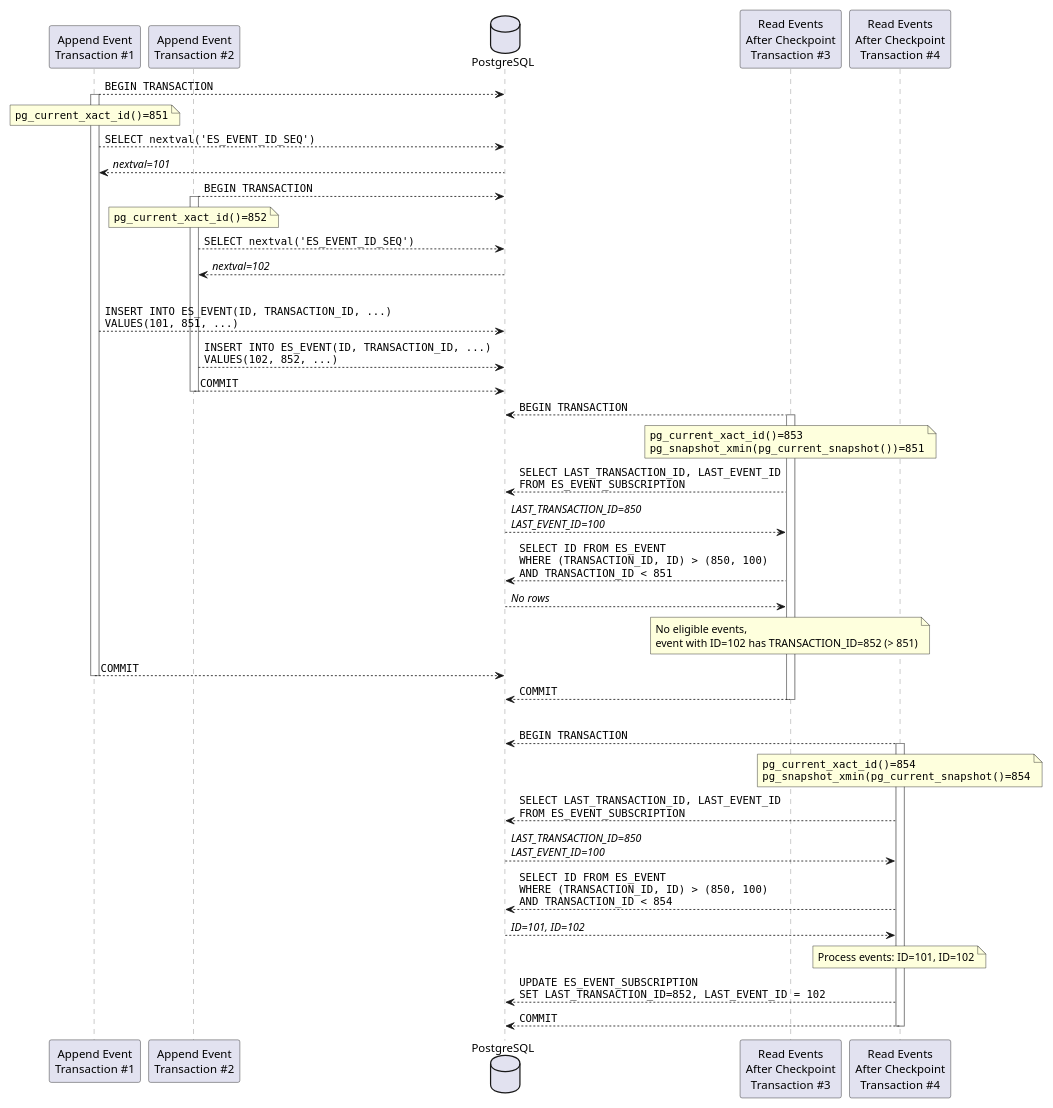
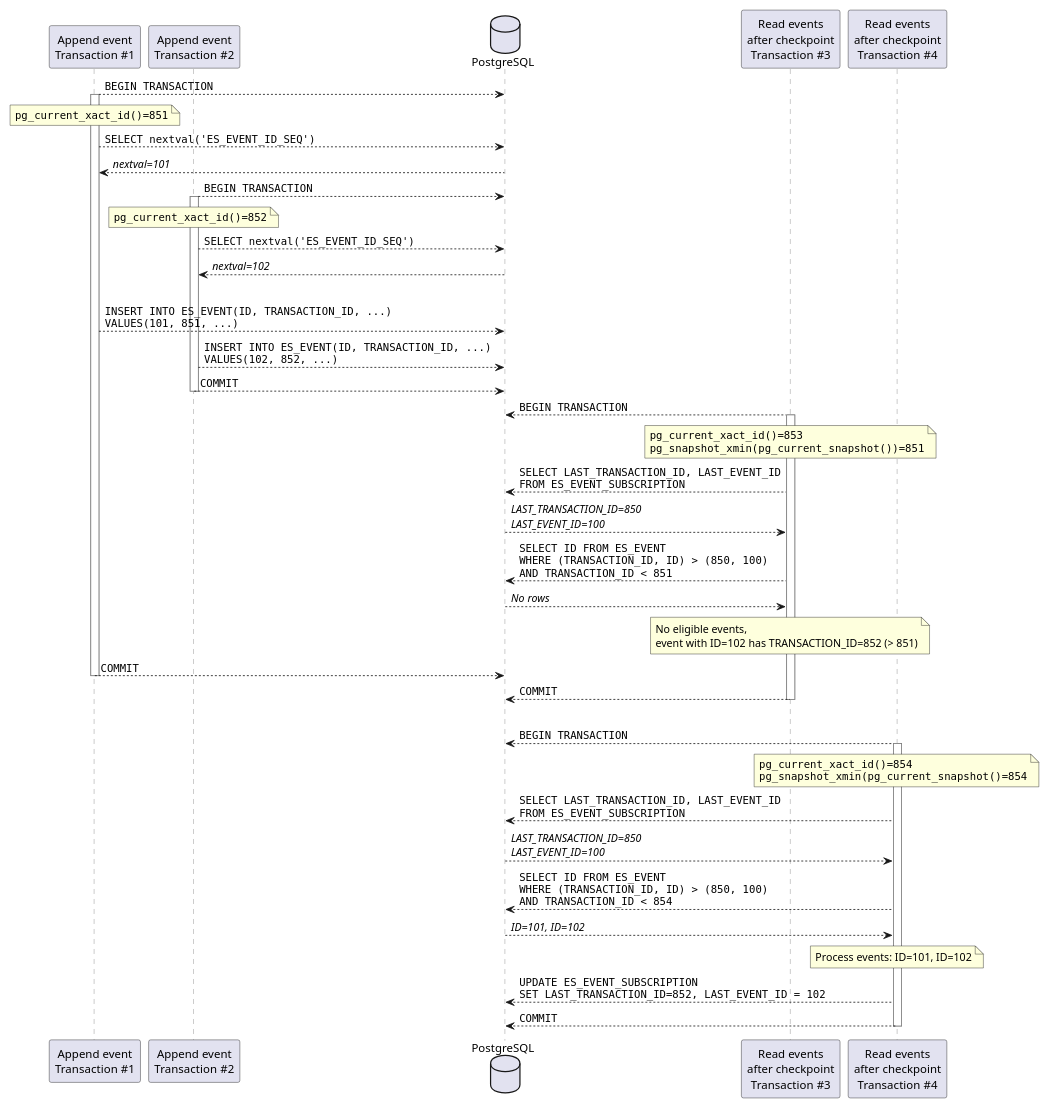
The diagram in img/plantuml/postgresql-reliable-outbox.puml (codehunter-dev-281/postgresql-event-sourcing), drawn with PlantUML before and after one commit. The commit also changed 6 other files, not shown here.

```diff
--- a/img/plantuml/postgresql-reliable-outbox.puml
+++ b/img/plantuml/postgresql-reliable-outbox.puml
@@ -1,57 +1,57 @@
 @startuml
 
 scale max 1024 width
 scale max 1100 height
 
 skinparam sequence {
   LifeLineBorderColor Grey
 '  LifeLineBackgroundColor LightGrey
 }
 
-participant "Append Event\nTransaction #1" as tx1
-participant "Append Event\nTransaction #2" as tx2
+participant "Append event\nTransaction #1" as tx1
+participant "Append event\nTransaction #2" as tx2
 database "PostgreSQL" as db
-participant "Read Events\nAfter Checkpoint\nTransaction #3" as tx3
-participant "Read Events\nAfter Checkpoint\nTransaction #4" as tx4
+participant "Read events\nafter checkpoint\nTransaction #3" as tx3
+participant "Read events\nafter checkpoint\nTransaction #4" as tx4
 
 tx1 --> db: ""BEGIN TRANSACTION""
 activate tx1
 note over tx1: ""pg_current_xact_id()=851""
 tx1 --> db: ""SELECT nextval('ES_EVENT_ID_SEQ')""
 db --> tx1: //nextval=101//
 tx2 --> db: ""BEGIN TRANSACTION""
 activate tx2
 note over tx2: ""pg_current_xact_id()=852""
 tx2 --> db: ""SELECT nextval('ES_EVENT_ID_SEQ')""
 db --> tx2: //nextval=102//
 |||
 tx1 --> db: ""INSERT INTO ES_EVENT(ID, TRANSACTION_ID, ...)""\n""VALUES(101, 851, ...)""
 tx2 --> db: ""INSERT INTO ES_EVENT(ID, TRANSACTION_ID, ...)""\n""VALUES(102, 852, ...)""
 tx2 --> db: ""COMMIT""
 deactivate tx2
 tx3 --> db: ""BEGIN TRANSACTION""
 activate tx3
 note over tx3: ""pg_current_xact_id()=853""\n""pg_snapshot_xmin(pg_current_snapshot())=851""
 tx3 --> db: ""SELECT LAST_TRANSACTION_ID, LAST_EVENT_ID""\n""FROM ES_EVENT_SUBSCRIPTION""
 db --> tx3: //LAST_TRANSACTION_ID=850//\n//LAST_EVENT_ID=100//
 tx3 --> db: ""SELECT ID FROM ES_EVENT""\n""WHERE (TRANSACTION_ID, ID) > (850, 100)""\n""AND TRANSACTION_ID < 851""
 db --> tx3: //No rows//
 note over tx3: No eligible events,\nevent with ID=102 has TRANSACTION_ID=852 (> 851)
 tx1 --> db: ""COMMIT""
 deactivate tx1
 tx3 --> db: ""COMMIT""
 deactivate tx3
 |||
 tx4 --> db: ""BEGIN TRANSACTION""
 activate tx4
 note over tx4: ""pg_current_xact_id()=854""\n""pg_snapshot_xmin(pg_current_snapshot()=854""
 tx4 --> db: ""SELECT LAST_TRANSACTION_ID, LAST_EVENT_ID""\n""FROM ES_EVENT_SUBSCRIPTION""
 db --> tx4: //LAST_TRANSACTION_ID=850//\n//LAST_EVENT_ID=100//
 tx4 --> db: ""SELECT ID FROM ES_EVENT""\n""WHERE (TRANSACTION_ID, ID) > (850, 100)""\n""AND TRANSACTION_ID < 854""
 db --> tx4: //ID=101, ID=102//
 note over tx4: Process events: ID=101, ID=102
 tx4 --> db: ""UPDATE ES_EVENT_SUBSCRIPTION""\n""SET LAST_TRANSACTION_ID=852, LAST_EVENT_ID = 102""
 tx4 --> db: ""COMMIT""
 deactivate tx4
 
 @enduml
```
